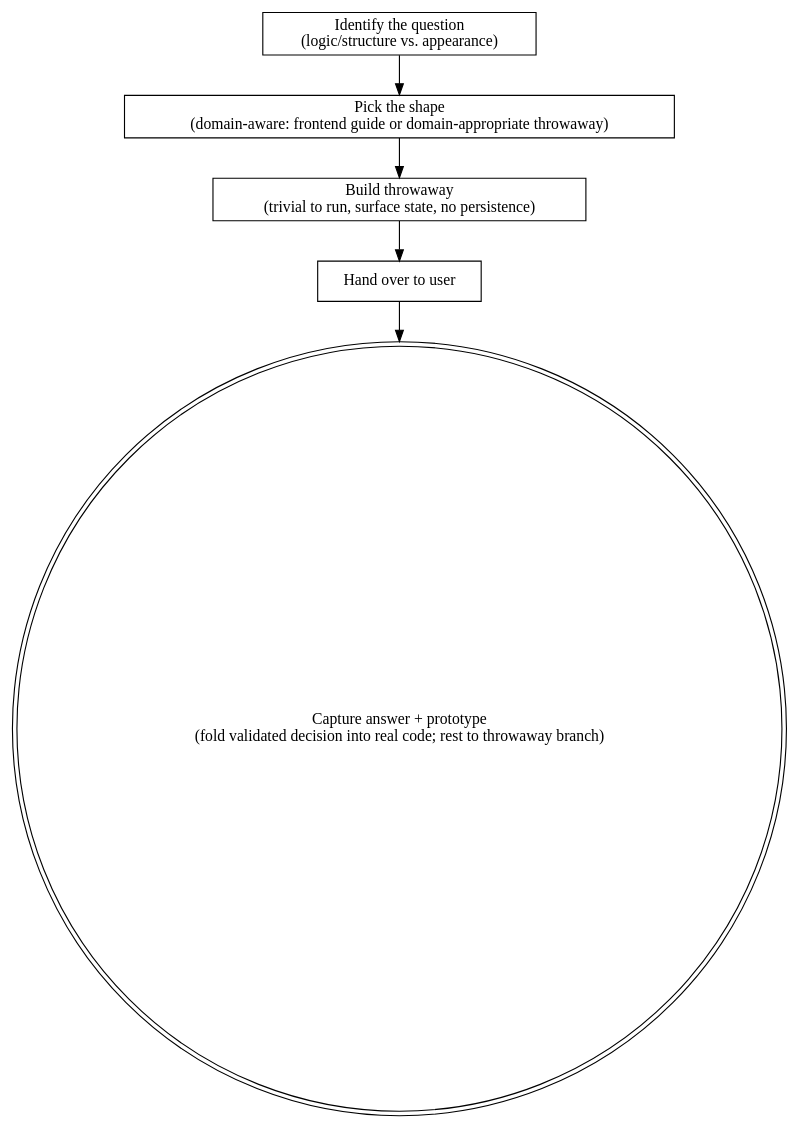
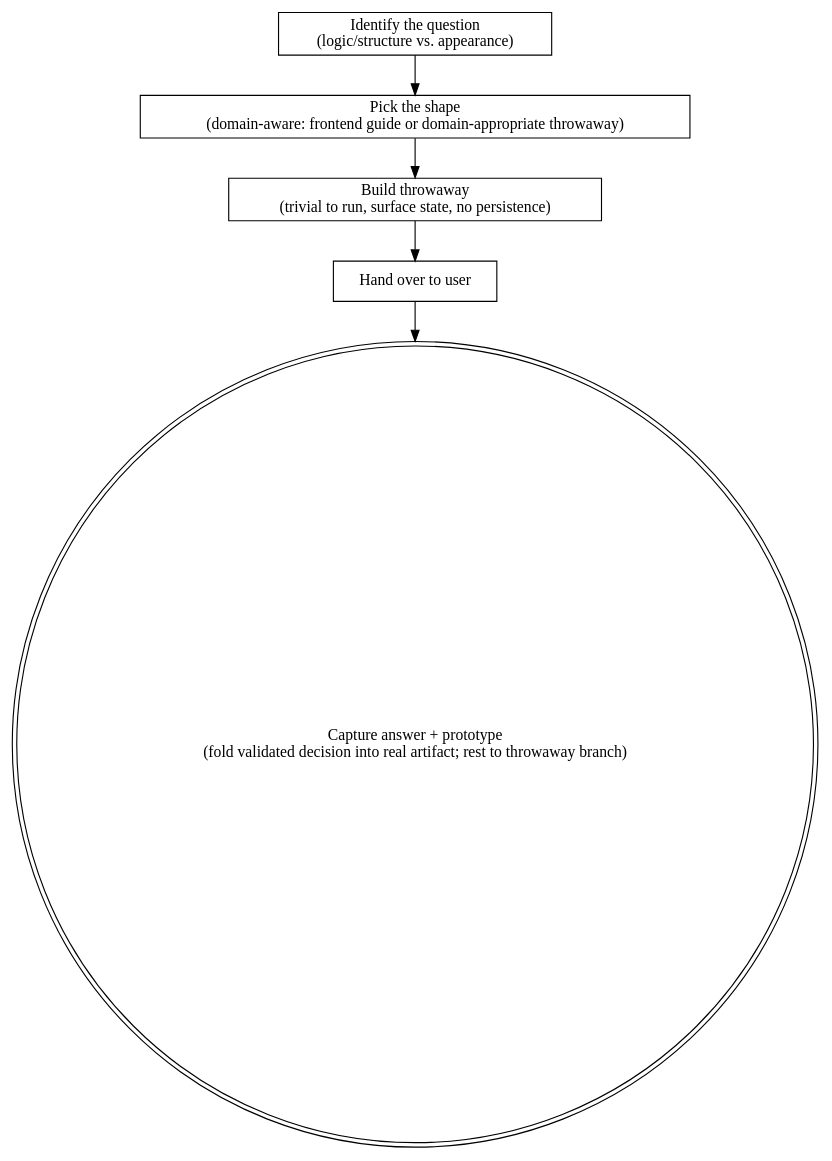
Before and after one commit to caiorcferreira/hamilton: the diagram in skills/hamilton-wayfinder-prototype/SKILL.md, drawn with Graphviz. The commit also changed 2 other files, not shown here.

Commit message:
docs(skills): digraph sweep — sync every process-flow diagram with its prose
Prototype's capture node folds into the real artifact; wayfinder's Load
map absorbs returned research and the closing act folds the glossary;
propose's workspace node shows the map-aware flip. Edge/node consistency
validated for every changed digraph.

Final sweep of wayfinder-skills-action-plan.md.

Claude-Session: https://claude.ai/code/session_016QEiFwULPjcX4Q5RQkDWY7

````diff
--- a/skills/hamilton-wayfinder-prototype/SKILL.md
+++ b/skills/hamilton-wayfinder-prototype/SKILL.md
@@ -39,14 +39,14 @@
 ```dot
 digraph hamilton_wayfinder_prototype {
     "Identify the question\n(logic/structure vs. appearance)" [shape=box];
     "Pick the shape\n(domain-aware: frontend guide or domain-appropriate throwaway)" [shape=box];
     "Build throwaway\n(trivial to run, surface state, no persistence)" [shape=box];
     "Hand over to user" [shape=box];
-    "Capture answer + prototype\n(fold validated decision into real code; rest to throwaway branch)" [shape=doublecircle];
+    "Capture answer + prototype\n(fold validated decision into real artifact; rest to throwaway branch)" [shape=doublecircle];
 
     "Identify the question\n(logic/structure vs. appearance)" -> "Pick the shape\n(domain-aware: frontend guide or domain-appropriate throwaway)";
     "Pick the shape\n(domain-aware: frontend guide or domain-appropriate throwaway)" -> "Build throwaway\n(trivial to run, surface state, no persistence)";
     "Build throwaway\n(trivial to run, surface state, no persistence)" -> "Hand over to user";
-    "Hand over to user" -> "Capture answer + prototype\n(fold validated decision into real code; rest to throwaway branch)";
+    "Hand over to user" -> "Capture answer + prototype\n(fold validated decision into real artifact; rest to throwaway branch)";
 }
 ```
````
